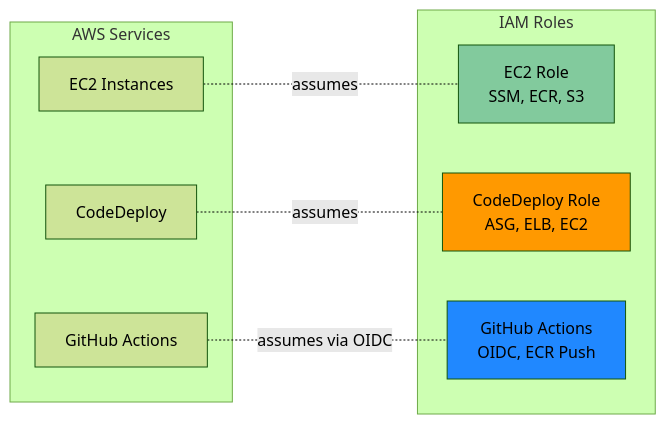
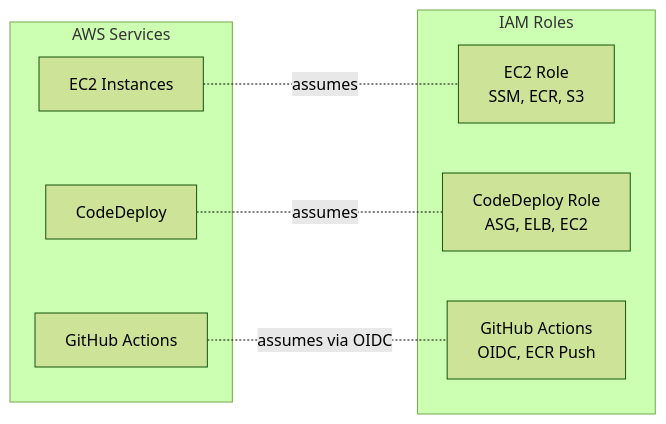
Before and after one commit to OrangesCloud/wealist-terraform-prod: the ninth of 9 diagrams in ARCHITECTURE.md, drawn with Mermaid (forest theme). The commit also changed other lines of this file, not shown here.

````diff
--- a/ARCHITECTURE.md
+++ b/ARCHITECTURE.md
@@ -777,22 +738,18 @@
 ```mermaid
 graph LR
     subgraph "IAM Roles"
         EC2_ROLE[EC2 Role<br/>SSM, ECR, S3]
         CD_ROLE[CodeDeploy Role<br/>ASG, ELB, EC2]
         GHA_ROLE[GitHub Actions<br/>OIDC, ECR Push]
     end
 
     subgraph "AWS Services"
         EC2[EC2 Instances]
         CD[CodeDeploy]
         GHA[GitHub Actions]
     end
 
     EC2 -.assumes.- EC2_ROLE
     CD -.assumes.- CD_ROLE
     GHA -.assumes via OIDC.- GHA_ROLE
-
-    style EC2_ROLE fill:#82ca9d
-    style CD_ROLE fill:#f90
-    style GHA_ROLE fill:#2088FF
 ```
````
